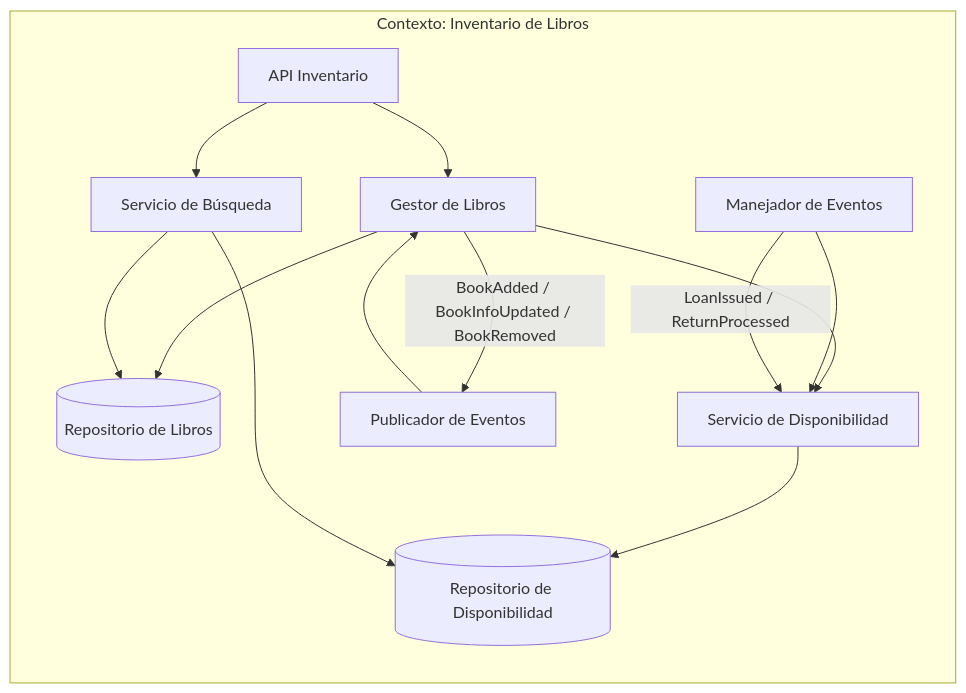
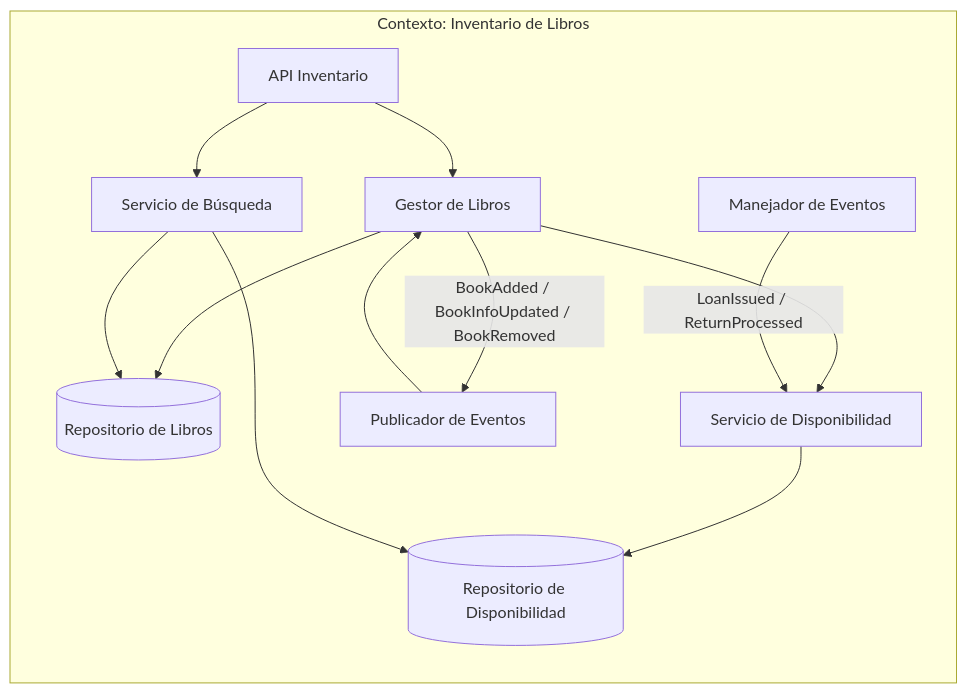
Before and after one commit to alebuzo/SOA-I-2026: the first of 5 diagrams in tarea1/03-contexto-inventario.md, drawn with Mermaid. The commit also changed other lines of this file and 1 other file, not shown here.

````diff
--- a/tarea1/03-contexto-inventario.md
+++ b/tarea1/03-contexto-inventario.md
@@ -100,18 +100,18 @@
 ```mermaid
 flowchart TB
     subgraph Inventario["Contexto: Inventario de Libros"]
         direction TB
         A[Gestor de Libros] --> B[(Repositorio de Libros)]
+        G[Manejador de Eventos]
         A --> C[Servicio de Disponibilidad]
         C --> D[(Repositorio de Disponibilidad)]
         E[Servicio de Búsqueda] --> B
         E --> D
         F[API Inventario] --> A
         F --> E
-        G[Manejador de Eventos] --> C
         H[Publicador de Eventos] --> A
     end
 
     A -->|BookAdded / BookInfoUpdated / BookRemoved| H
     G -->|LoanIssued / ReturnProcessed| C
 ```
````
